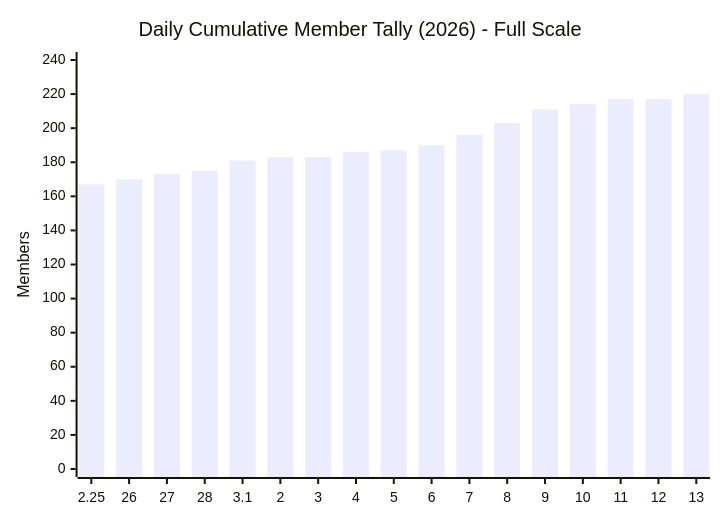
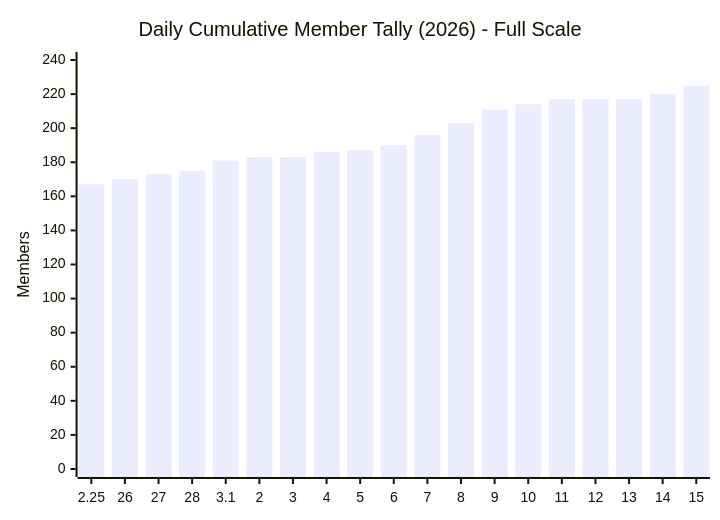
Before and after one commit to MattSherwood/March-web: the first of 3 diagrams in exports/charts/daily-cumulative-member-tally-2026.md, drawn with Mermaid. The commit also changed other lines of this file and 4 other files, not shown here.

````diff
--- a/exports/charts/daily-cumulative-member-tally-2026.md
+++ b/exports/charts/daily-cumulative-member-tally-2026.md
@@ -5,7 +5,7 @@
 ```mermaid
 xychart-beta
     title "Daily Cumulative Member Tally (2026) - Full Scale"
-  x-axis ["2.25", "26", "27", "28", "3.1", "2", "3", "4", "5", "6", "7", "8", "9", "10", "11", "12", "13"]
+  x-axis ["2.25", "26", "27", "28", "3.1", "2", "3", "4", "5", "6", "7", "8", "9", "10", "11", "12", "13", "14", "15"]
   y-axis "Members" 0 --> 240
-  bar [167, 170, 173, 175, 181, 183, 183, 186, 187, 190, 196, 203, 211, 214, 217, 217, 220]
+  bar [167, 170, 173, 175, 181, 183, 183, 186, 187, 190, 196, 203, 211, 214, 217, 217, 217, 220, 225]
 ```
````
